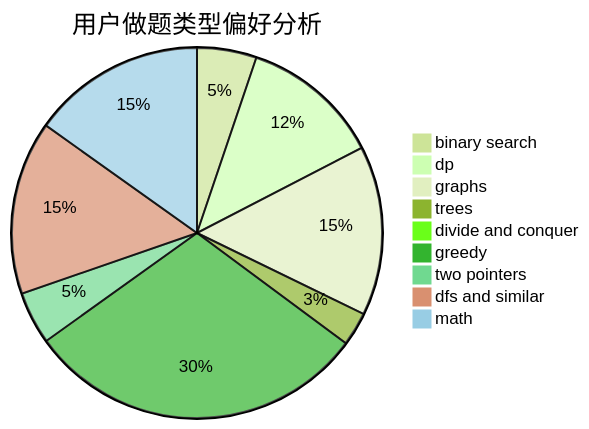
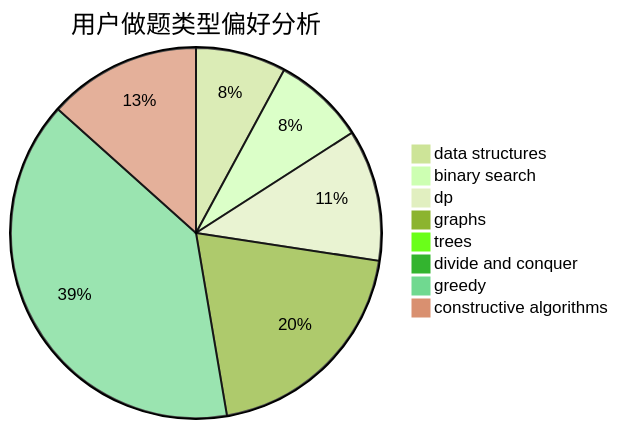
The second of 3 diagrams in docs/user/u1624.md (sherpahu/cfrs.github.io), drawn with Mermaid (forest theme) before and after one commit. The commit also changed other lines of this file and 2775 other files, not shown here.

````diff
--- a/docs/user/u1624.md
+++ b/docs/user/u1624.md
@@ -23,12 +23,11 @@
 ```mermaid
 pie title 用户做题类型偏好分析
+    "data structures" :  59
     "binary search" :  60
-    "dp" :  141
-    "graphs" :  171
-    "trees" :  34
+    "dp" :  86
+    "graphs" :  149
+    "trees" :  3
     "divide and conquer" :  0
-    "greedy" :  346
-    "two pointers" :  53
-    "dfs and similar" :  175
-    "math" :  175
+    "greedy" :  294
+    "constructive algorithms" :  100
 ```
````
